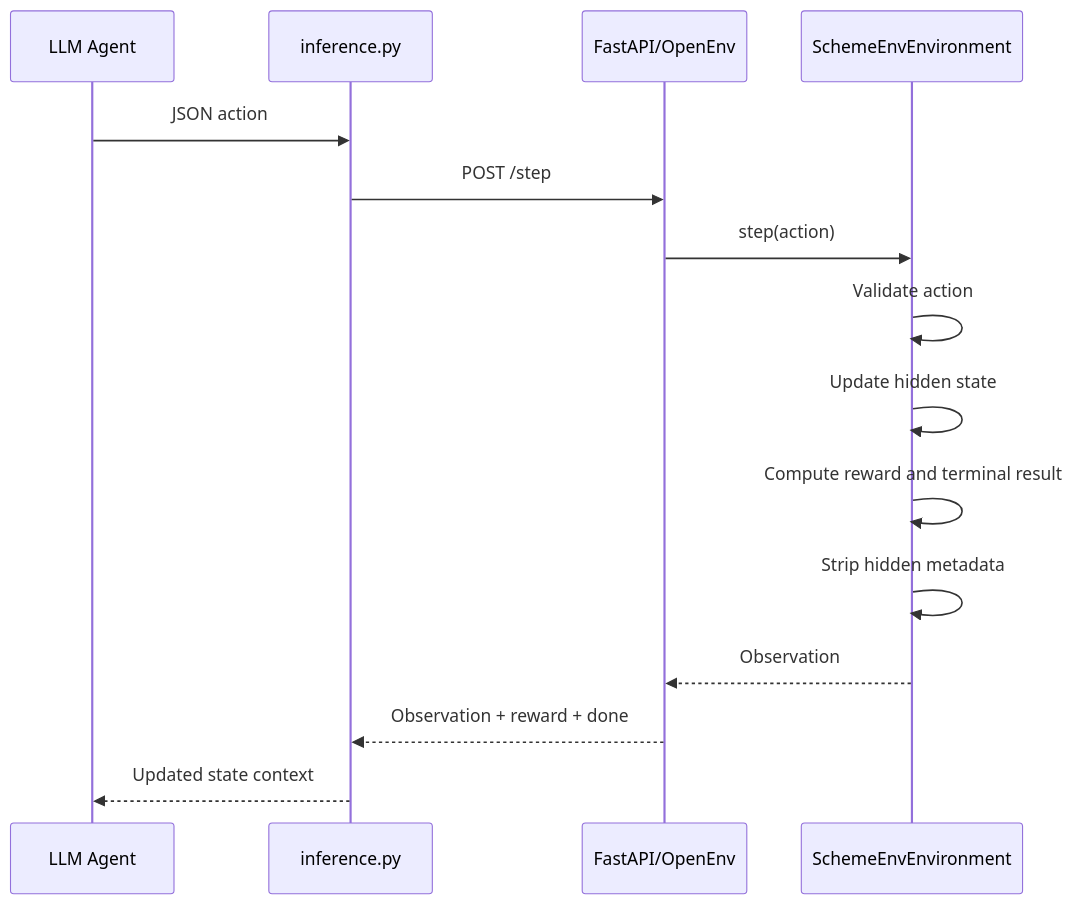
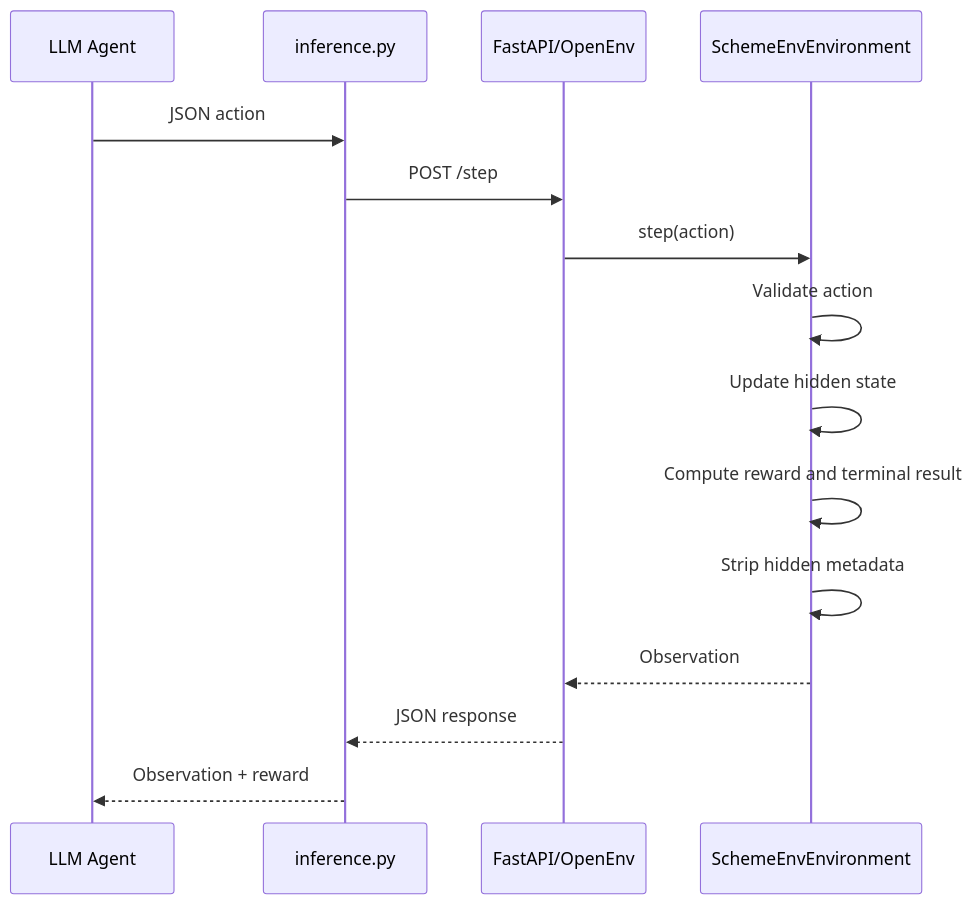
The second of 2 diagrams in README.md (advikdivekar/rl-agent), drawn with Mermaid before and after one commit. The commit also changed other lines of this file, not shown here.

````diff
--- a/README.md
+++ b/README.md
@@ -196,18 +171,18 @@
 ```mermaid
 sequenceDiagram
     participant Agent as LLM Agent
     participant Runner as inference.py
     participant API as FastAPI/OpenEnv
     participant Env as SchemeEnvEnvironment
 
     Agent->>Runner: JSON action
     Runner->>API: POST /step
     API->>Env: step(action)
     Env->>Env: Validate action
     Env->>Env: Update hidden state
     Env->>Env: Compute reward and terminal result
     Env->>Env: Strip hidden metadata
     Env-->>API: Observation
-    API-->>Runner: Observation + reward + done
-    Runner-->>Agent: Updated state context
+    API-->>Runner: JSON response
+    Runner-->>Agent: Observation + reward
 ```
````
